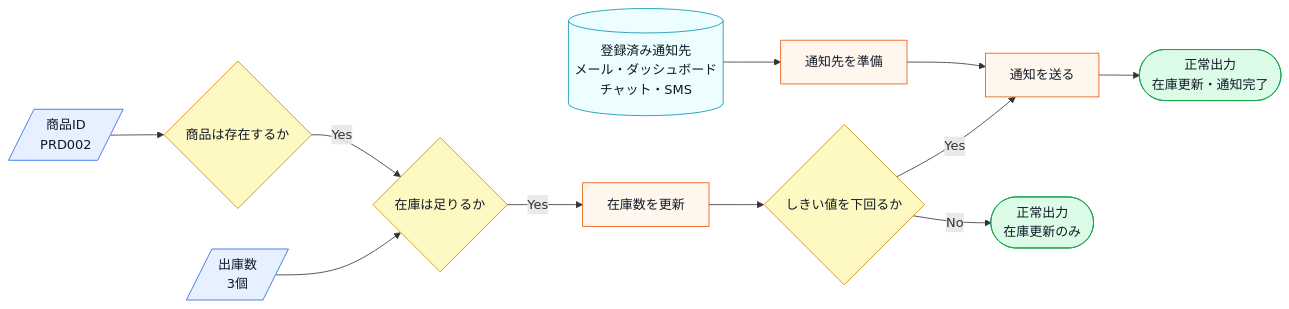
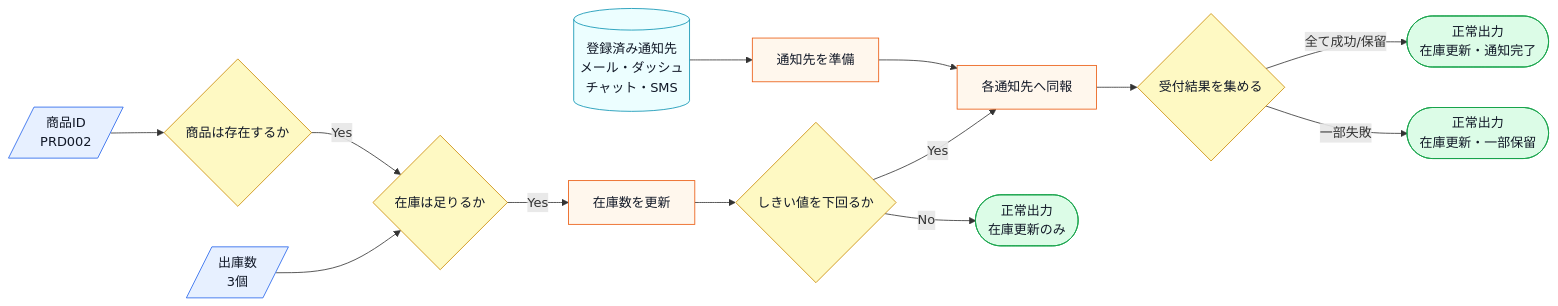
The fourth of 8 diagrams in kindle/design-patterns/output/chapter07.md (kumachan1101-pixel/DesignPattern), drawn with Mermaid before and after one commit. The commit also changed other lines of this file and 5 other files, not shown here.

````diff
--- a/kindle/design-patterns/output/chapter07.md
+++ b/kindle/design-patterns/output/chapter07.md
@@ -467,19 +480,21 @@
 ```mermaid
 flowchart LR
     A[/商品ID<br>PRD002/]:::input --> B{商品は存在するか}:::decision
     C[/出庫数<br>3個/]:::input --> D{在庫は足りるか}:::decision
-    E[(登録済み通知先<br>メール・ダッシュボード<br>チャット・SMS)]:::data --> F[通知先を準備]:::process
+    E[(登録済み通知先<br>メール・ダッシュ<br>チャット・SMS)]:::data --> F[通知先を準備]:::process
     B -->|Yes| D
     D -->|Yes| G[在庫数を更新]:::process
     G --> H{しきい値を下回るか}:::decision
-    H -->|Yes| I[通知を送る]:::process
+    H -->|Yes| I[各通知先へ同報]:::process
     F --> I
+    I --> L{受付結果を集める}:::decision
+    L -->|全て成功/保留| K([正常出力<br>在庫更新・通知完了]):::normal
+    L -->|一部失敗| M([正常出力<br>在庫更新・一部保留]):::normal
     H -->|No| J([正常出力<br>在庫更新のみ]):::normal
-    I --> K([正常出力<br>在庫更新・通知完了]):::normal
 
     classDef data fill:#ecfeff,stroke:#0891b2,color:#111827;
     classDef input fill:#e7f0ff,stroke:#2563eb,color:#111827;
     classDef process fill:#fff7ed,stroke:#ea580c,color:#111827;
     classDef decision fill:#fef9c3,stroke:#ca8a04,color:#111827;
     classDef normal fill:#dcfce7,stroke:#16a34a,color:#111827;
 ```
````
